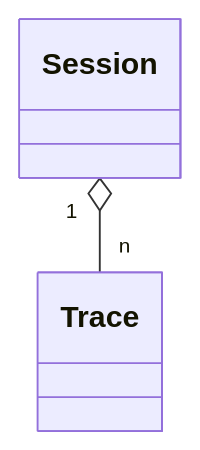
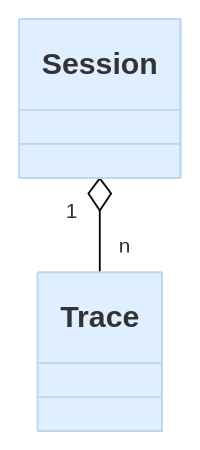
Before and after one commit to langfuse/langfuse-docs: the third of 5 diagrams in pages/docs/observability/data-model.mdx, drawn with Mermaid. The commit also changed other lines of this file and 1 other file, not shown here.

Commit message:
Concepts page second part - added section on how langfuse works in the background - added intro referring to get started guide - added diagrams, styled them consistently - Removed OpenTelemetry explanation from the overview page

````diff
--- a/pages/docs/observability/data-model.mdx
+++ b/pages/docs/observability/data-model.mdx
@@ -125,4 +136,12 @@
 ```mermaid
+---
+config:
+  showSequenceNumbers: true
+  theme: base
+  themeVariables:
+    primaryColor: "#E0EFFF"
+    noteBkgColor: "#FCFCFC"
+---
 classDiagram
     Session "1" o-- "n" Trace
 ```
````
